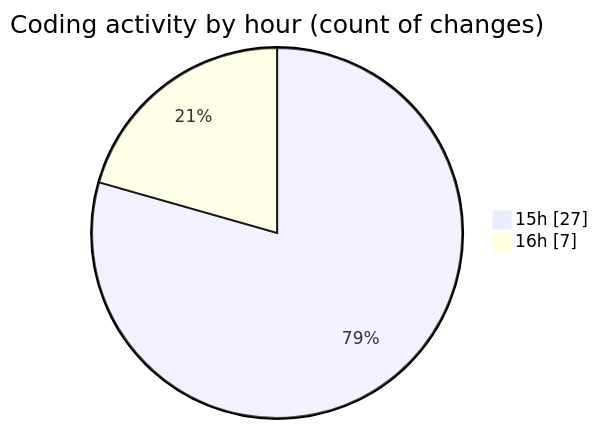
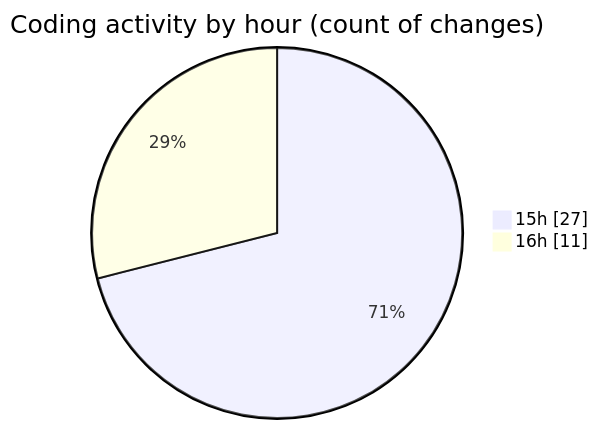
Before and after one commit to idhammustaqopulfikri/code-tracking: the second of 2 diagrams in 2025-06-06/sewa-mobil/README.md, drawn with Mermaid. The commit also changed other lines of this file and 1 other file, not shown here.

````diff
--- a/2025-06-06/sewa-mobil/README.md
+++ b/2025-06-06/sewa-mobil/README.md
@@ -38,6 +39,6 @@
 ```mermaid
 pie showData
 title Coding activity by hour (count of changes)
 "15h" : 27
-"16h" : 7
+"16h" : 11
 ```
````
